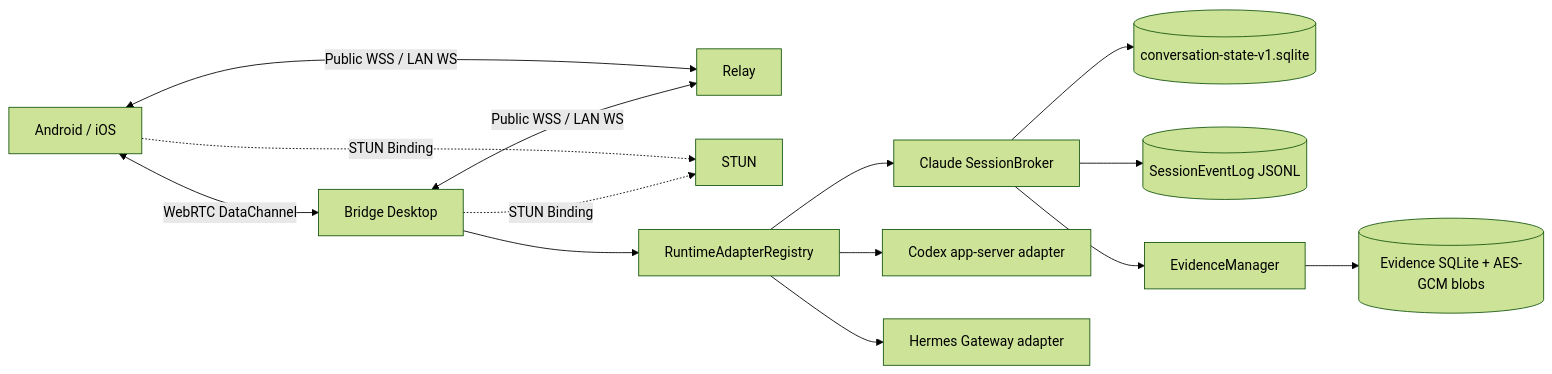
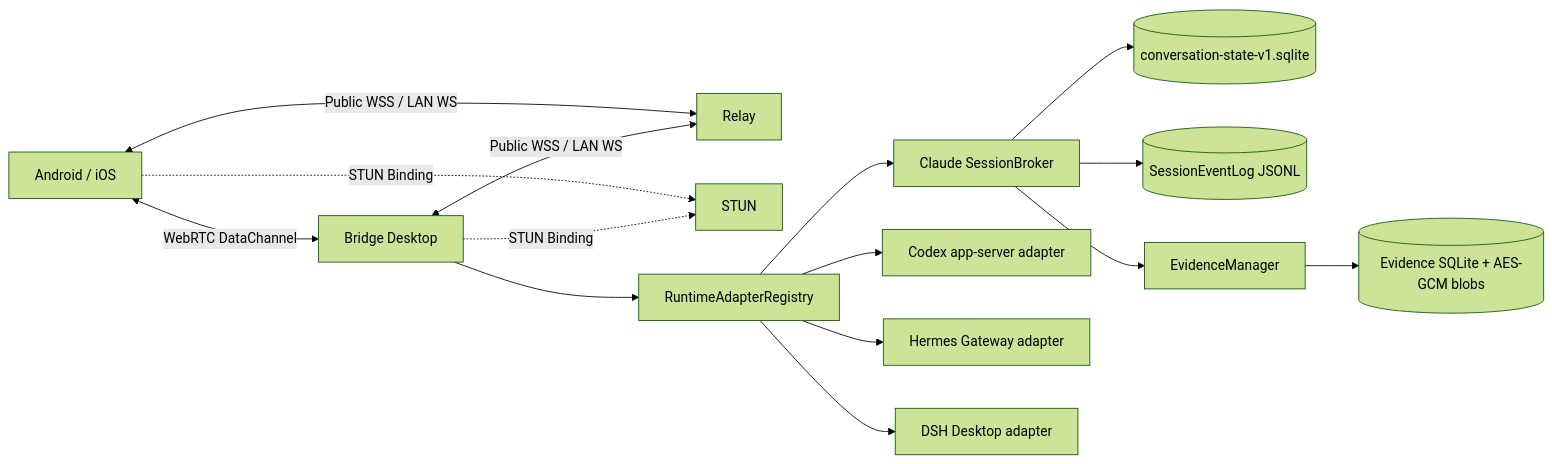
One commit to czhmartinez/claude-desktop-bridge changed the diagram in README_EN.md. Above: the diagram before and after it, drawn with Mermaid (forest theme). The commit also changed other lines of this file and 40 other files, not shown here.

First line of the commit message:
feat: add DSH Desktop runtime and trajectory-grade evidence (1.0.0)

````diff
--- a/README_EN.md
+++ b/README_EN.md
@@ -48,16 +51,17 @@
 ```mermaid
 flowchart LR
   M["Android / iOS"] <-->|"WebRTC DataChannel"| D["Bridge Desktop"]
   M <-->|"Public WSS / LAN WS"| R["Relay"]
   D <-->|"Public WSS / LAN WS"| R
   M -.->|"STUN Binding"| S["STUN"]
   D -.->|"STUN Binding"| S
   D --> A["RuntimeAdapterRegistry"]
   A --> C["Claude SessionBroker"]
   A --> X["Codex app-server adapter"]
   A --> H["Hermes Gateway adapter"]
+  A --> W["DSH Desktop adapter"]
   C --> CS[("conversation-state-v1.sqlite")]
   C --> E[("SessionEventLog JSONL")]
   C --> EM["EvidenceManager"]
   EM --> ES[("Evidence SQLite + AES-GCM blobs")]
 ```
````
